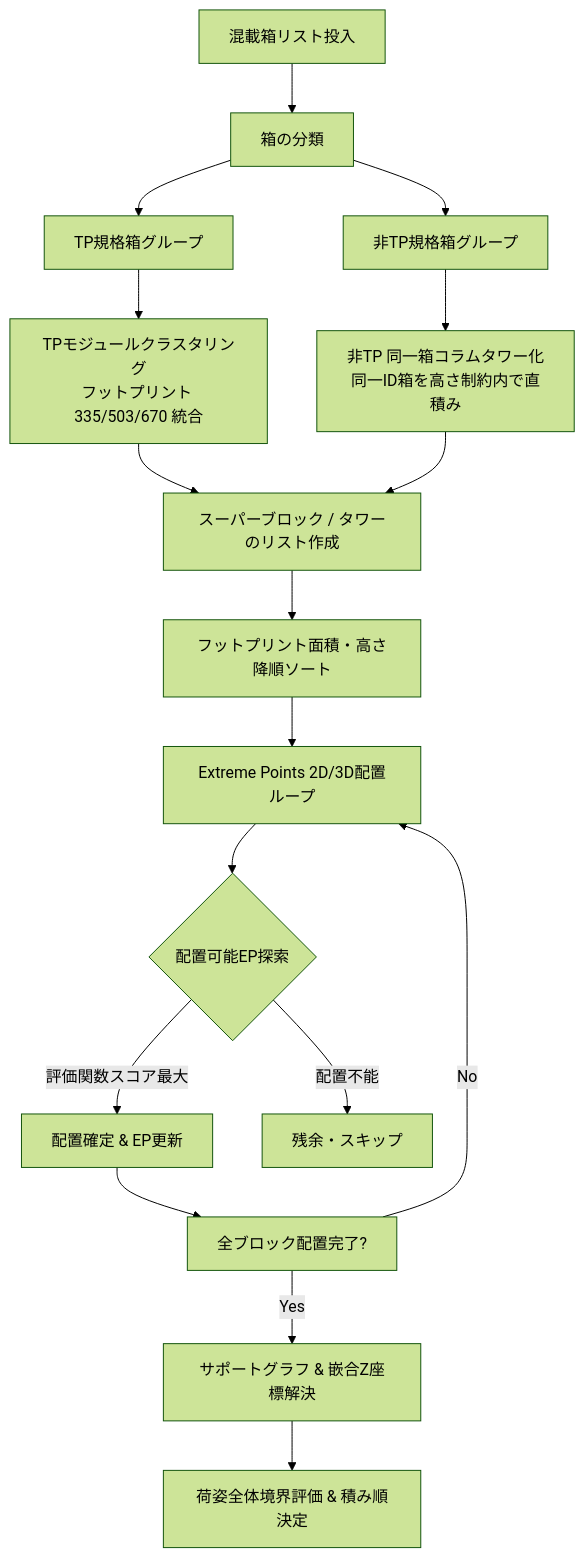
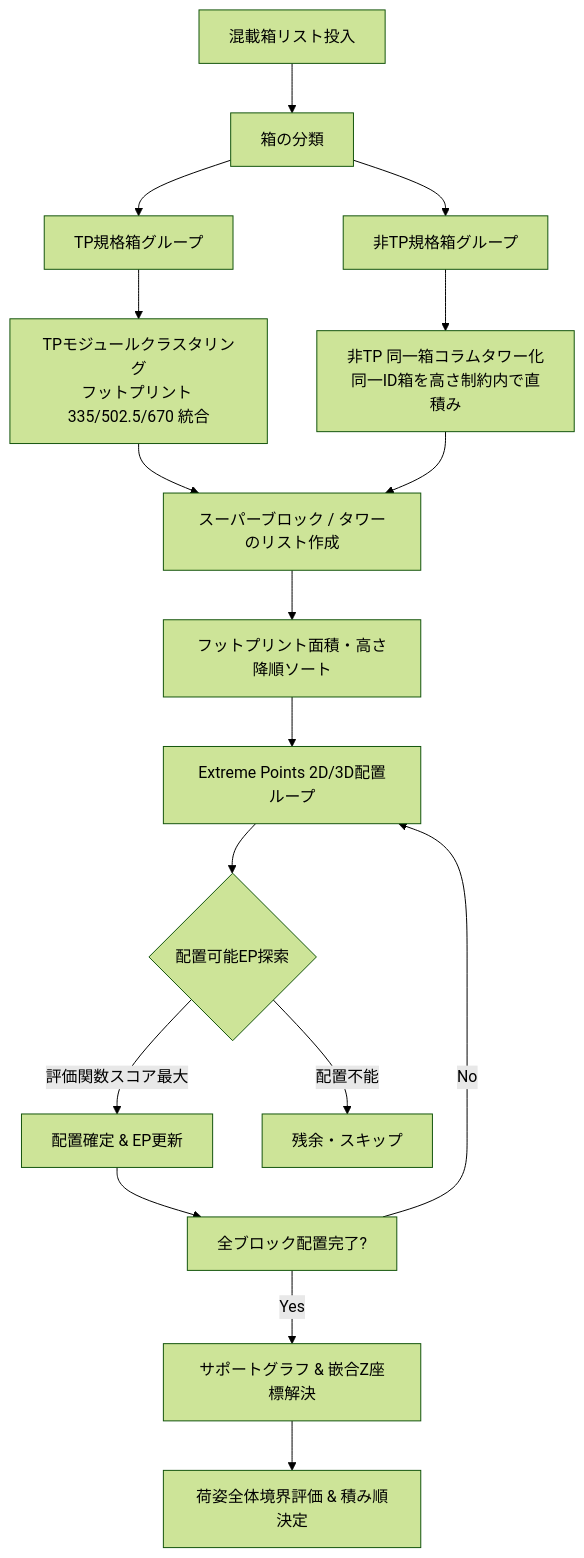
The third of 3 diagrams in algorithm_research/proposal.md (TakahiroNakadaTMC/palletizing_prototype), drawn with Mermaid (forest theme) before and after one commit. The commit also changed other lines of this file and 18 other files, not shown here.

````diff
--- a/algorithm_research/proposal.md
+++ b/algorithm_research/proposal.md
@@ -233,22 +248,22 @@
 ```mermaid
 flowchart TD
     A[混載箱リスト投入] --> B[箱の分類]
     B --> C1[TP規格箱グループ]
     B --> C2[非TP規格箱グループ]
     
-    C1 --> D1[TPモジュールクラスタリング<br>フットプリント 335/503/670 統合]
+    C1 --> D1[TPモジュールクラスタリング<br>フットプリント 335/502.5/670 統合]
     C2 --> D2[非TP 同一箱コラムタワー化<br>同一ID箱を高さ制約内で直積み]
     
     D1 & D2 --> E[スーパーブロック / タワーのリスト作成]
     E --> F[フットプリント面積・高さ降順ソート]
     
     F --> G[Extreme Points 2D/3D配置ループ]
     G --> H{配置可能EP探索}
     H -->|評価関数スコア最大| I[配置確定 & EP更新]
     H -->|配置不能| J[残余・スキップ]
     
     I --> K[全ブロック配置完了?]
     K -- No --> G
     K -- Yes --> L[サポートグラフ & 嵌合Z座標解決]
     L --> M[荷姿全体境界評価 & 積み順決定]
 ```
````
